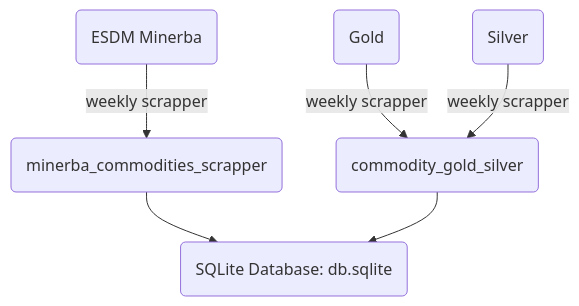
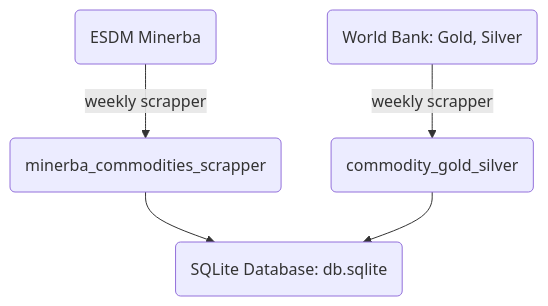
The first of 7 diagrams in README.md (supertypeai/coalresearch), drawn with Mermaid before and after one commit. The commit also changed other lines of this file and 9 other files, not shown here.

````diff
--- a/README.md
+++ b/README.md
@@ -26,15 +26,13 @@
 ```mermaid
 graph TD
   A1(ESDM Minerba) --> |weekly scrapper| B1 
-  A2(Gold) --> |weekly scrapper| B2
-  A3(Silver) -->|weekly scrapper| B2
+  A2(World Bank: Gold, Silver) --> |weekly scrapper| B2
   B1(minerba_commodities_scrapper) --> C(SQLite Database: db.sqlite)
   B2(commodity_gold_silver) --> C(SQLite Database: db.sqlite)
 
   %% Add clickable links to each node
   click A1 "https://www.minerba.esdm.go.id/harga_acuan" _blank
-  click A2 "https://prices.lbma.org.uk/json/gold_am.json" _blank
-  click A3 "https://prices.lbma.org.uk/json/silver.json" _blank
+  click A2 "https://www.worldbank.org/en/research/commodity-markets" _blank
   click B1 "https://github.com/supertypeai/coalresearch/blob/main/tables/commodity_price.py" _blank
   click B2 "https://github.com/supertypeai/coalresearch/blob/main/tables/commodity_price.py" _blank
 ```
````
